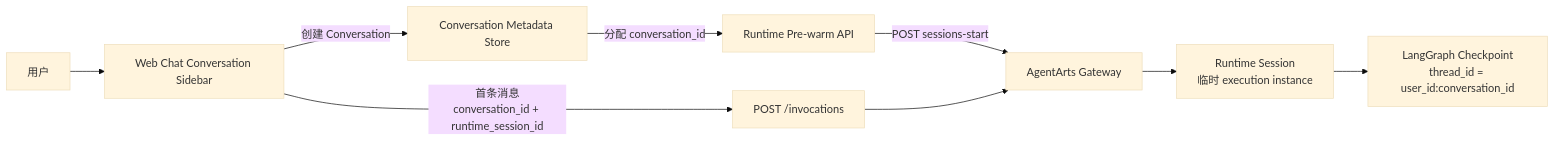
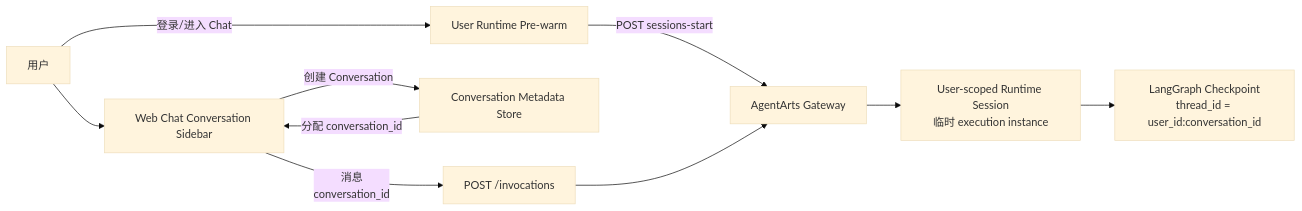
The first of 7 diagrams in personal-assistant-meta/issues/features/backlog/feature-14-multi-session-runtime-prewarm/issue.md (T-1009/personal-assistant), drawn with Mermaid (base theme) before and after one commit. The commit also changed other lines of this file and 18 other files, not shown here.

````diff
--- a/personal-assistant-meta/issues/features/backlog/feature-14-multi-session-runtime-prewarm/issue.md
+++ b/personal-assistant-meta/issues/features/backlog/feature-14-multi-session-runtime-prewarm/issue.md
@@ -48,11 +53,12 @@
 ```mermaid
 flowchart LR
-    User["用户"] --> UI["Web Chat Conversation Sidebar"]
+    User["用户"] -->|"登录/进入 Chat"| Prewarm["User Runtime Pre-warm"]
+    Prewarm -->|"POST sessions-start"| Gateway["AgentArts Gateway"]
+    Gateway --> Runtime["User-scoped Runtime Session<br/>临时 execution instance"]
+    User --> UI["Web Chat Conversation Sidebar"]
     UI -->|"创建 Conversation"| Store["Conversation Metadata Store"]
-    Store -->|"分配 conversation_id"| Prewarm["Runtime Pre-warm API"]
-    Prewarm -->|"POST sessions-start"| Gateway["AgentArts Gateway"]
-    Gateway --> Runtime["Runtime Session<br/>临时 execution instance"]
-    UI -->|"首条消息<br/>conversation_id + runtime_session_id"| Invoke["POST /invocations"]
+    Store -->|"分配 conversation_id"| UI
+    UI -->|"消息<br/>conversation_id"| Invoke["POST /invocations"]
     Invoke --> Gateway
     Runtime --> Checkpoint["LangGraph Checkpoint<br/>thread_id = user_id:conversation_id"]
 ```
````
